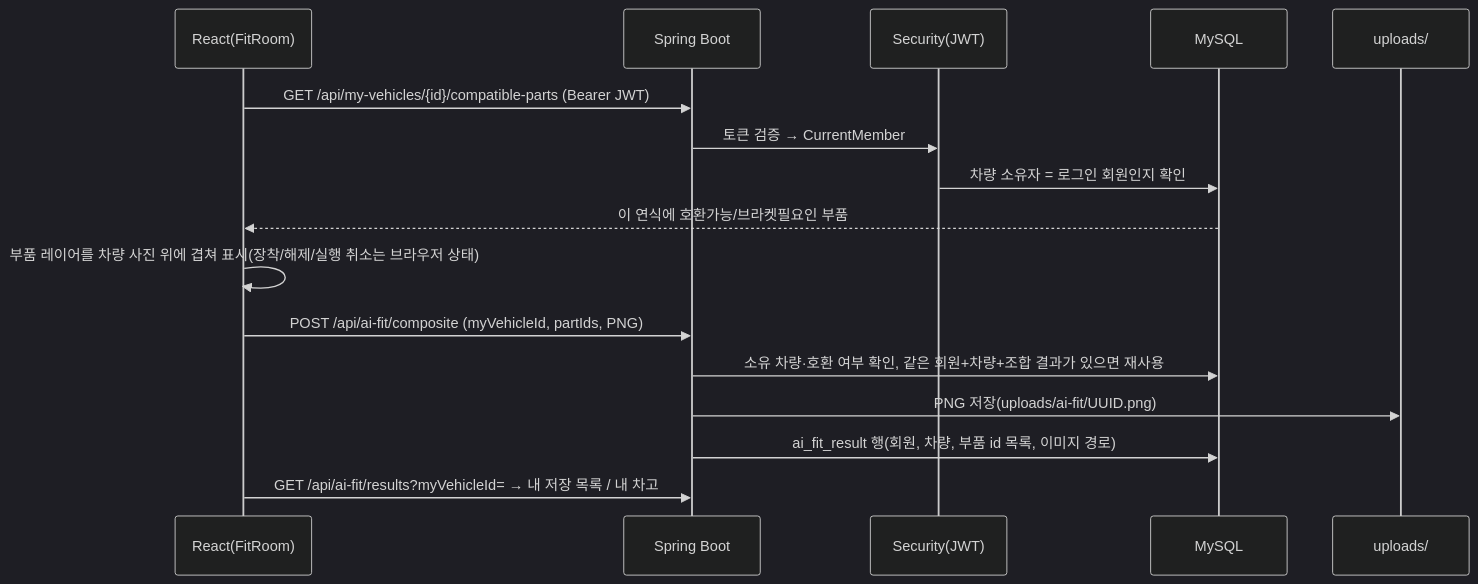
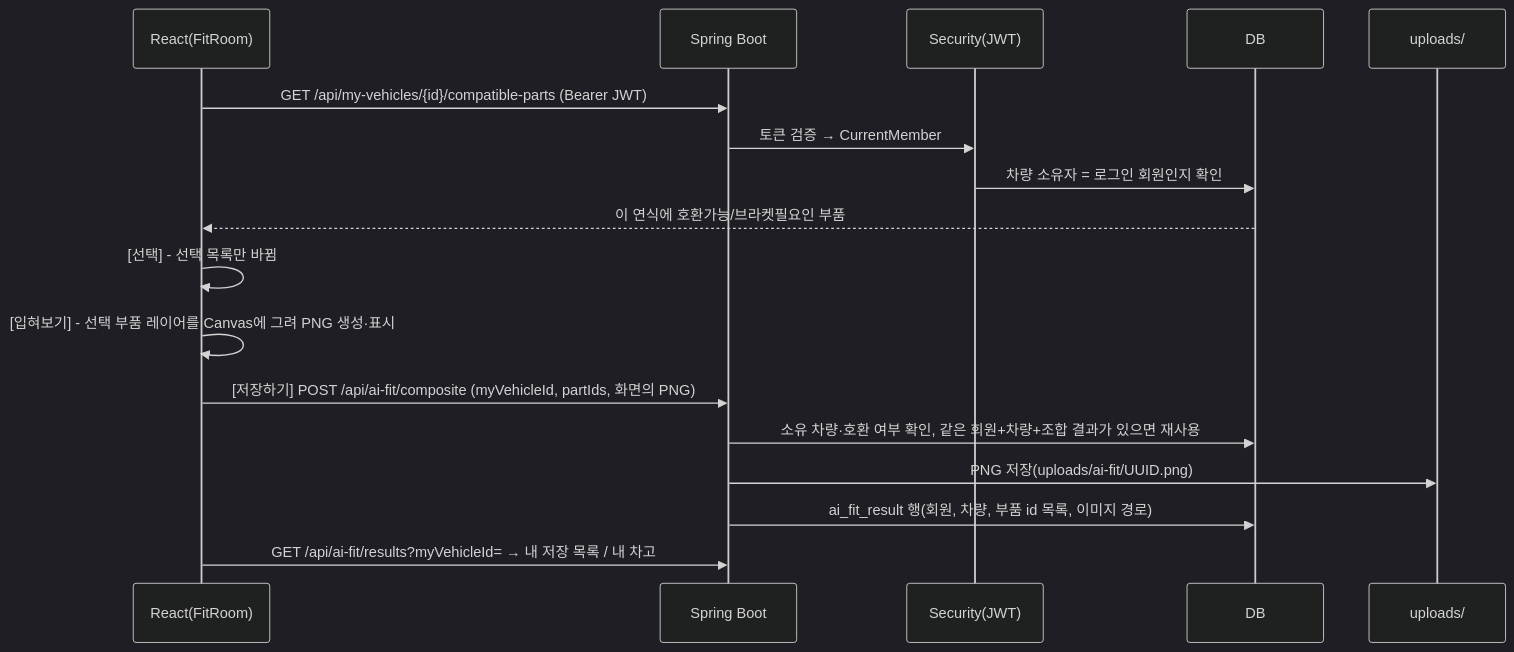
Before and after one commit to NullTTa/ridefit: the second of 3 diagrams in docs/ARCHITECTURE.md, drawn with Mermaid (dark theme). The commit also changed other lines of this file and 16 other files, not shown here.

Commit message:
docs: portfolio README, feature flows, troubleshooting, screenshots

````diff
--- a/docs/ARCHITECTURE.md
+++ b/docs/ARCHITECTURE.md
@@ -25,18 +45,19 @@
 ```mermaid
 sequenceDiagram
   participant UI as React(FitRoom)
   participant API as Spring Boot
   participant SEC as Security(JWT)
-  participant DB as MySQL
+  participant DB as DB
   participant FS as uploads/
   UI->>API: GET /api/my-vehicles/{id}/compatible-parts (Bearer JWT)
   API->>SEC: 토큰 검증 → CurrentMember
   SEC->>DB: 차량 소유자 = 로그인 회원인지 확인
   DB-->>UI: 이 연식에 호환가능/브라켓필요인 부품
-  UI->>UI: 부품 레이어를 차량 사진 위에 겹쳐 표시(장착/해제/실행 취소는 브라우저 상태)
-  UI->>API: POST /api/ai-fit/composite (myVehicleId, partIds, PNG)
+  UI->>UI: [선택] - 선택 목록만 바뀜
+  UI->>UI: [입혀보기] - 선택 부품 레이어를 Canvas에 그려 PNG 생성·표시
+  UI->>API: [저장하기] POST /api/ai-fit/composite (myVehicleId, partIds, 화면의 PNG)
   API->>DB: 소유 차량·호환 여부 확인, 같은 회원+차량+조합 결과가 있으면 재사용
   API->>FS: PNG 저장(uploads/ai-fit/UUID.png)
   API->>DB: ai_fit_result 행(회원, 차량, 부품 id 목록, 이미지 경로)
   UI->>API: GET /api/ai-fit/results?myVehicleId= → 내 저장 목록 / 내 차고
 ```
````
